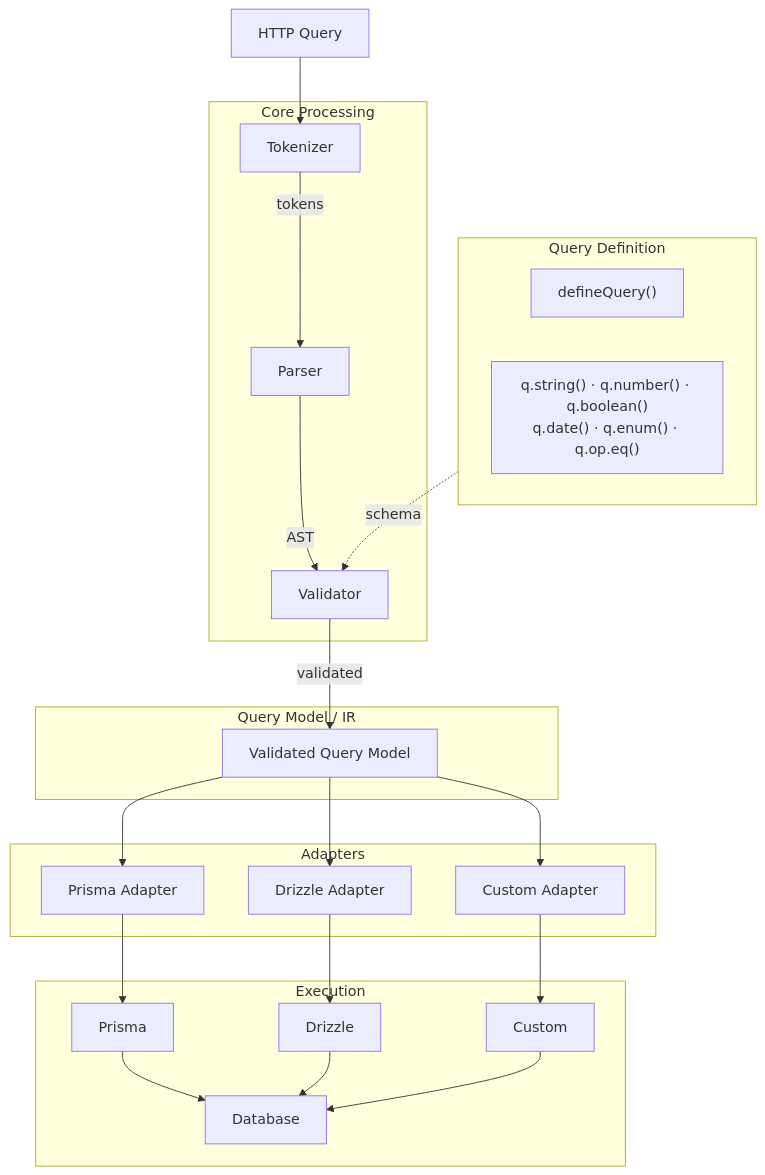
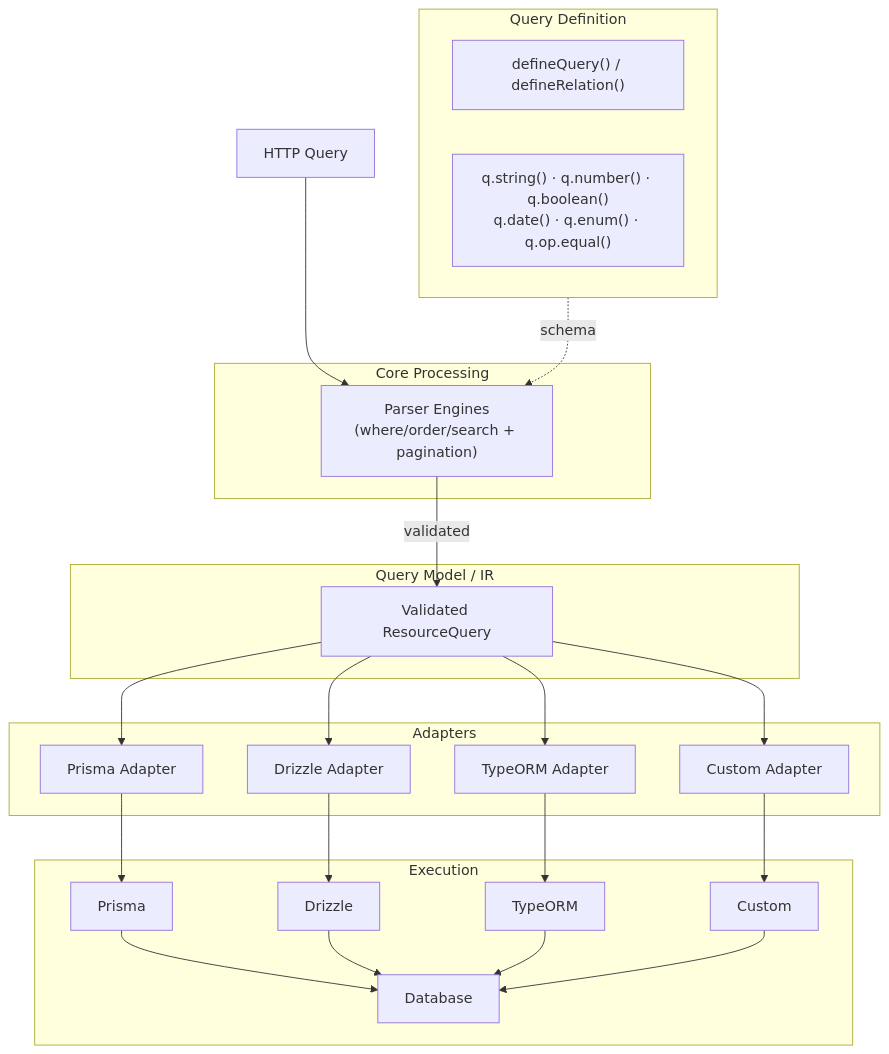
One commit to johngech/querio changed the seventh of 7 diagrams in docs/architecture.md. Above: the diagram before and after it, drawn with Mermaid. The commit also changed other lines of this file and 8 other files, not shown here.

````diff
--- a/docs/architecture.md
+++ b/docs/architecture.md
@@ -919,40 +707,39 @@
 ```mermaid
 flowchart TD
     subgraph DEF["Query Definition"]
-        D1["defineQuery()"]
-        D2["q.string() · q.number() · q.boolean()\nq.date() · q.enum() · q.op.eq()"]
+        D1["defineQuery() / defineRelation()"]
+        D2["q.string() · q.number() · q.boolean()\nq.date() · q.enum() · q.op.equal()"]
     end
 
-    HTTP["HTTP Query"] --> TOK
+    HTTP["HTTP Query"] --> ENG
 
     subgraph CORE["Core Processing"]
-        TOK["Tokenizer"]
-        PAR["Parser"]
-        VAL["Validator"]
+        ENG["Parser Engines\n(where/order/search + pagination)"]
     end
 
     subgraph IR["Query Model / IR"]
-        QM["Validated Query Model"]
+        QM["Validated ResourceQuery"]
     end
 
     subgraph ADAPTERS["Adapters"]
         PA["Prisma Adapter"]
         DA["Drizzle Adapter"]
+        TA["TypeORM Adapter"]
         CA["Custom Adapter"]
     end
 
     subgraph EXEC["Execution"]
         PE["Prisma"] --> DB["Database"]
         DE["Drizzle"] --> DB
+        TE["TypeORM"] --> DB
         UE["Custom"] --> DB
     end
 
-    DEF -.->|"schema"| VAL
-    TOK -->|"tokens"| PAR
-    PAR -->|"AST"| VAL
-    VAL -->|"validated"| QM
-    QM --> PA & DA & CA
+    DEF -.->|"schema"| ENG
+    ENG -->|"validated"| QM
+    QM --> PA & DA & TA & CA
     PA --> PE
     DA --> DE
+    TA --> TE
     CA --> UE
 ```
````
